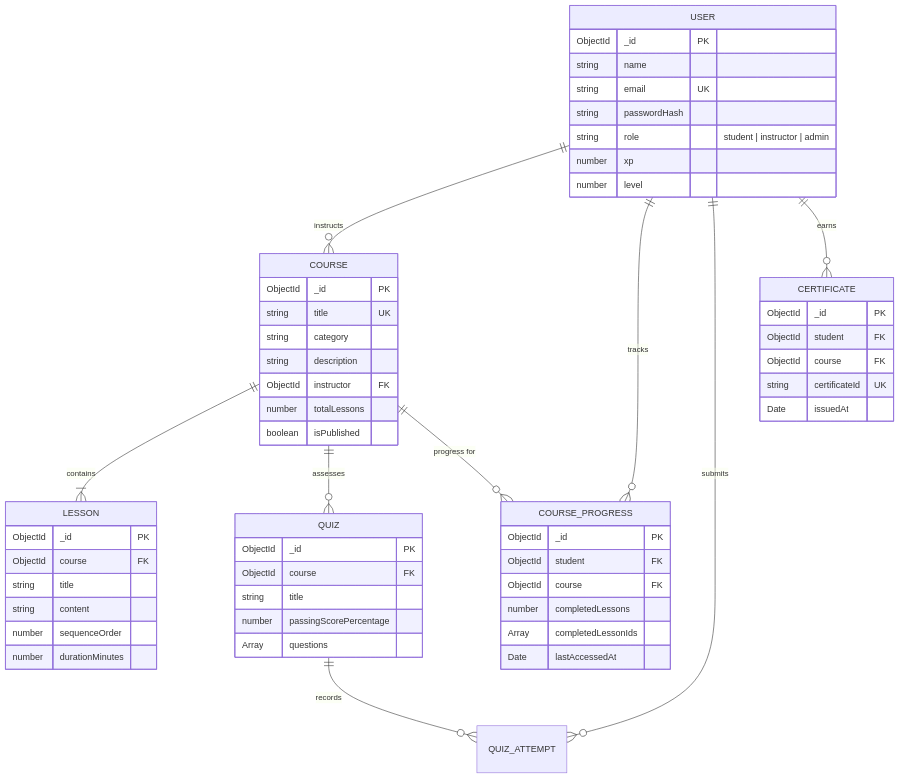
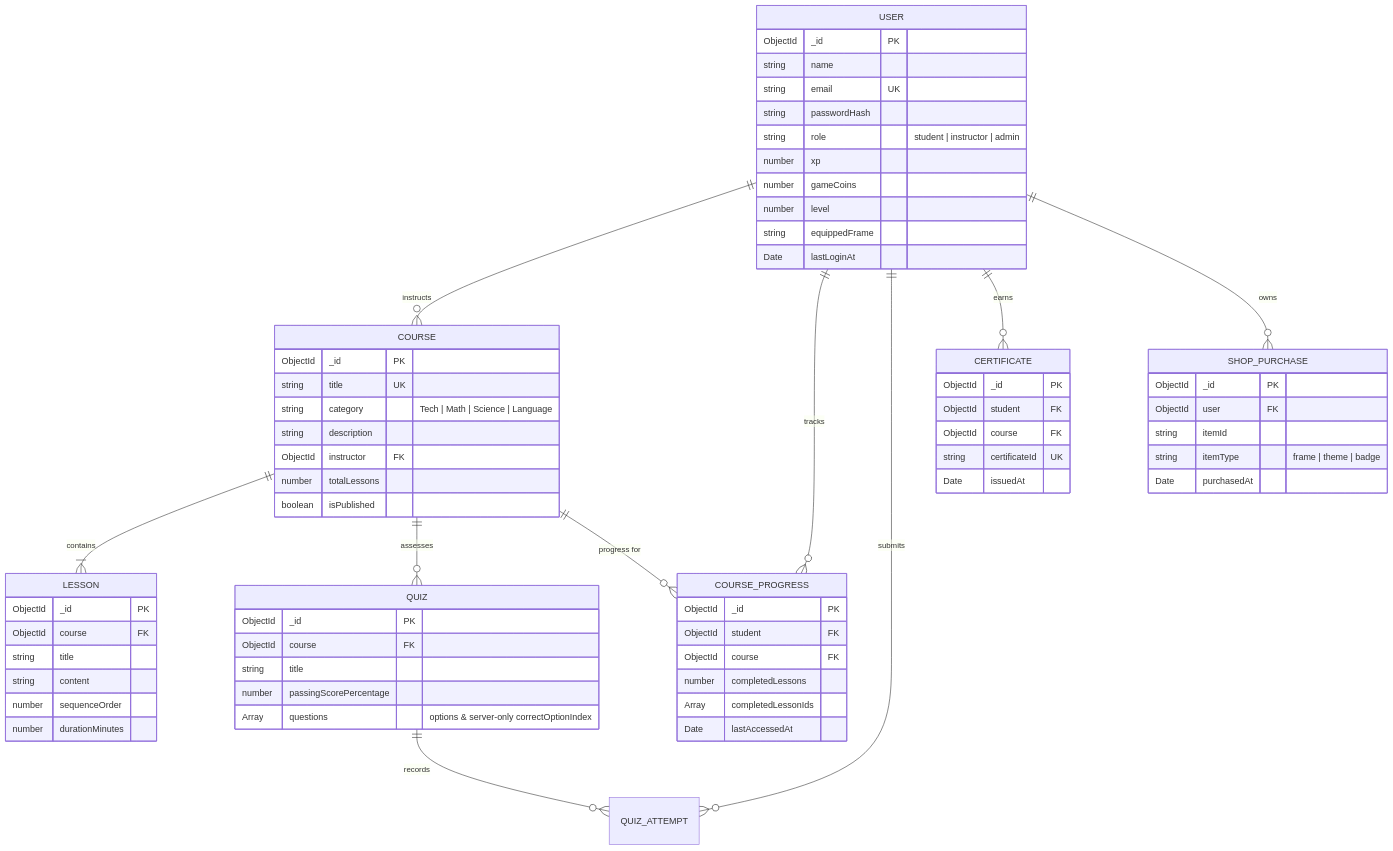
One commit to gayanviduranga95/Learn-Craft changed the second of 2 diagrams in README.md. Above: the diagram before and after it, drawn with Mermaid. The commit also changed other lines of this file, not shown here.

Commit message:
docs: update README with comprehensive setup guides, architecture diagrams, and test suite details

````diff
--- a/README.md
+++ b/README.md
@@ -94,65 +297,77 @@
 ```mermaid
 erDiagram
     USER ||--o{ COURSE : "instructs"
     USER ||--o{ COURSE_PROGRESS : "tracks"
     USER ||--o{ QUIZ_ATTEMPT : "submits"
     USER ||--o{ CERTIFICATE : "earns"
+    USER ||--o{ SHOP_PURCHASE : "owns"
     COURSE ||--|{ LESSON : "contains"
     COURSE ||--o{ QUIZ : "assesses"
     COURSE ||--o{ COURSE_PROGRESS : "progress for"
     QUIZ ||--o{ QUIZ_ATTEMPT : "records"
 
     USER {
         ObjectId _id PK
         string name
         string email UK
         string passwordHash
         string role "student | instructor | admin"
         number xp
+        number gameCoins
         number level
+        string equippedFrame
+        Date lastLoginAt
     }
 
     COURSE {
         ObjectId _id PK
         string title UK
-        string category
+        string category "Tech | Math | Science | Language"
         string description
         ObjectId instructor FK
         number totalLessons
         boolean isPublished
     }
 
     LESSON {
         ObjectId _id PK
         ObjectId course FK
         string title
         string content
         number sequenceOrder
         number durationMinutes
     }
 
     COURSE_PROGRESS {
         ObjectId _id PK
         ObjectId student FK
         ObjectId course FK
         number completedLessons
         Array completedLessonIds
         Date lastAccessedAt
     }
 
     QUIZ {
         ObjectId _id PK
         ObjectId course FK
         string title
         number passingScorePercentage
-        Array questions
+        Array questions "options & server-only correctOptionIndex"
     }
 
     CERTIFICATE {
         ObjectId _id PK
         ObjectId student FK
         ObjectId course FK
         string certificateId UK
         Date issuedAt
     }
+
+    SHOP_PURCHASE {
+        ObjectId _id PK
+        ObjectId user FK
+        string itemId
+        string itemType "frame | theme | badge"
+        Date purchasedAt
+    }
 ```
````
